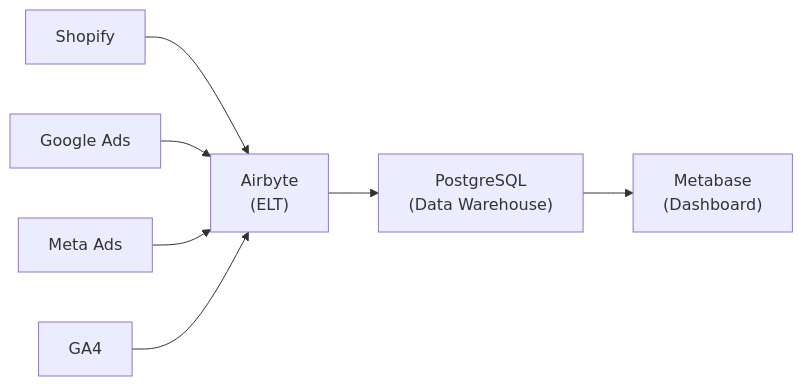
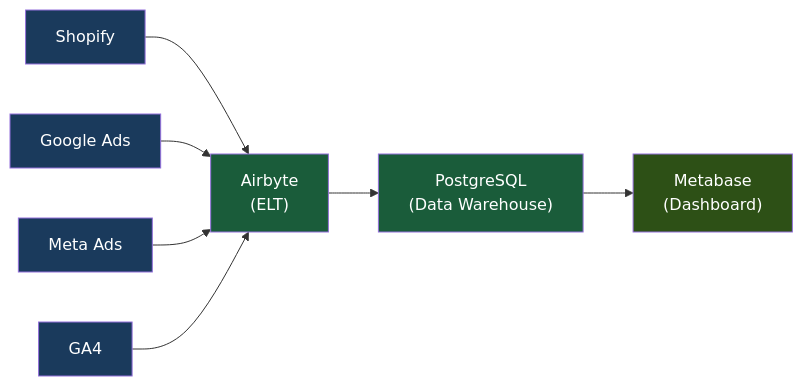
One commit to AndreyBertasini/gynnitech changed the diagram in src/content/corso/metriche-fondamenti/caso-studio.mdx. Above: the diagram before and after it, drawn with Mermaid. The commit also changed 21 other files, not shown here.

First line of the commit message:
style: applica color scheme semantico a tutti i diagrammi Mermaid del corso

````diff
--- a/src/content/corso/metriche-fondamenti/caso-studio.mdx
+++ b/src/content/corso/metriche-fondamenti/caso-studio.mdx
@@ -66,9 +66,16 @@
 ```mermaid
 graph LR
     A["Shopify"] --> E["Airbyte<br>(ELT)"]
     B["Google Ads"] --> E
     C["Meta Ads"] --> E
     D["GA4"] --> E
     E --> F["PostgreSQL<br>(Data Warehouse)"]
     F --> G["Metabase<br>(Dashboard)"]
+    style A fill:#1a3a5c,color:#ffffff
+    style B fill:#1a3a5c,color:#ffffff
+    style C fill:#1a3a5c,color:#ffffff
+    style D fill:#1a3a5c,color:#ffffff
+    style E fill:#1a5c3a,color:#ffffff
+    style F fill:#1a5c3a,color:#ffffff
+    style G fill:#2d5016,color:#ffffff
 ```
````
